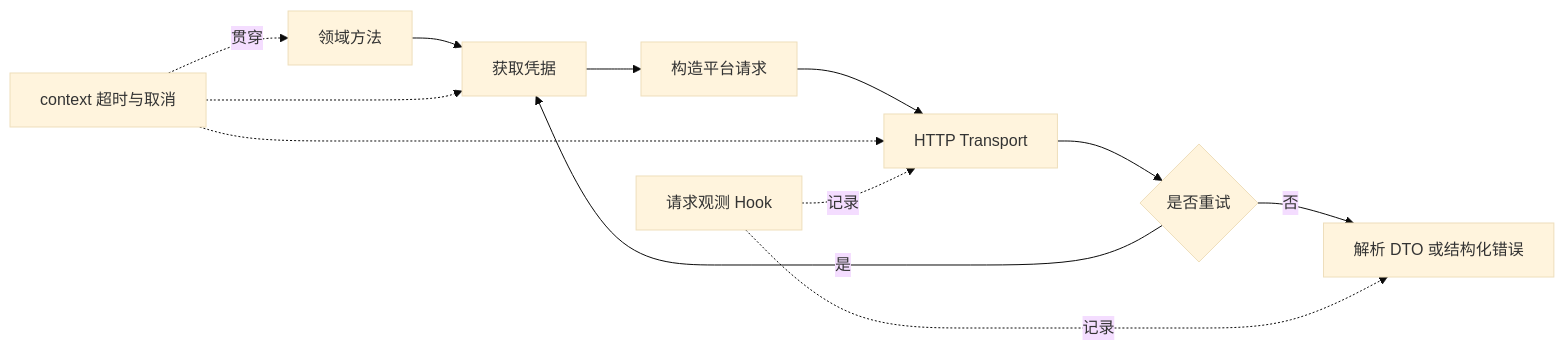
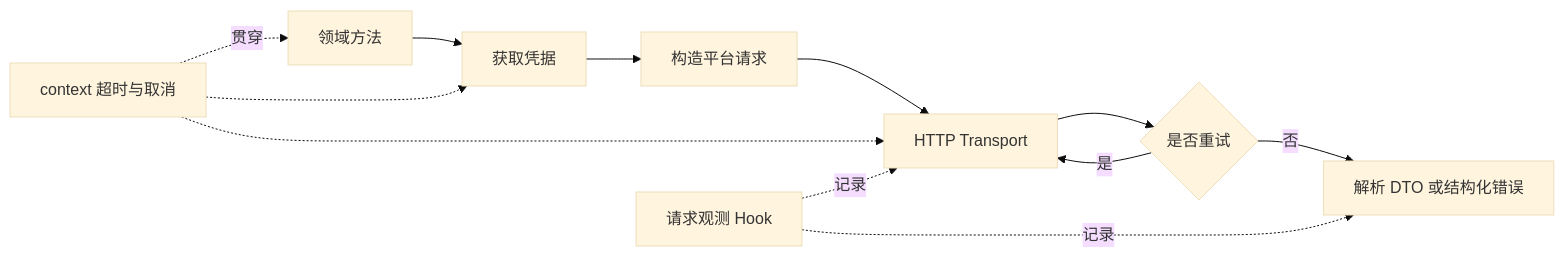
One commit to goairix/wx changed the second of 2 diagrams in docs/superpowers/specs/2026-09-23-sdk-wiki-architecture-guide-design.md. Above: the diagram before and after it, drawn with Mermaid (base theme). The commit also changed 1 other file, not shown here.

Commit message:
docs: correct SDK retry flow

````diff
--- a/docs/superpowers/specs/2026-09-23-sdk-wiki-architecture-guide-design.md
+++ b/docs/superpowers/specs/2026-09-23-sdk-wiki-architecture-guide-design.md
@@ -70,15 +70,15 @@
 ```mermaid
 flowchart LR
     Domain[领域方法] --> Credential[获取凭据]
     Credential --> Build[构造平台请求]
     Build --> Transport[HTTP Transport]
     Transport --> Retry{是否重试}
-    Retry -->|是| Credential
+    Retry -->|是| Transport
     Retry -->|否| Parse[解析 DTO 或结构化错误]
 
     Context[context 超时与取消] -.贯穿.-> Domain
     Context -.-> Credential
     Context -.-> Transport
     Hook[请求观测 Hook] -.记录.-> Transport
     Hook -.记录.-> Parse
 ```
````
